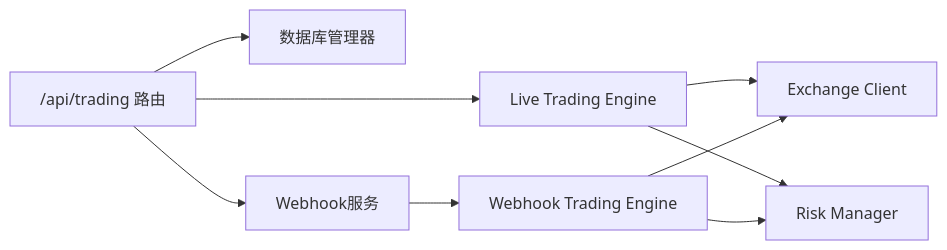
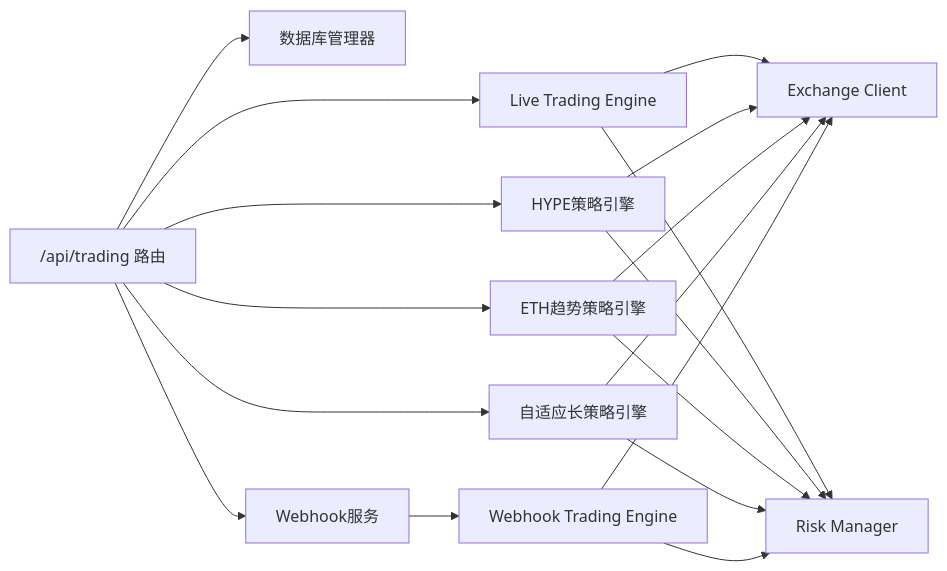
The fourth of 4 diagrams in .qoder/repowiki/zh/content/API接口文档/实盘交易API.md (zyf266/ending), drawn with Mermaid before and after one commit. The commit also changed other lines of this file and 63 other files, not shown here.

````diff
--- a/.qoder/repowiki/zh/content/API接口文档/实盘交易API.md
+++ b/.qoder/repowiki/zh/content/API接口文档/实盘交易API.md
@@ -346,11 +485,20 @@
 ```mermaid
 graph LR
 TR["/api/trading 路由"] --> DB["数据库管理器"]
 TR --> WH["Webhook服务"]
 TR --> LT["Live Trading Engine"]
+TR --> HS["HYPE策略引擎"]
+TR --> ETS["ETH趋势策略引擎"]
+TR --> ALS["自适应长策略引擎"]
 LT --> AC["Exchange Client"]
+HS --> AC
+ETS --> AC
+ALS --> AC
 LT --> RM["Risk Manager"]
+HS --> RM
+ETS --> RM
+ALS --> RM
 WH --> WT["Webhook Trading Engine"]
 WT --> AC
 WT --> RM
 ```
````
